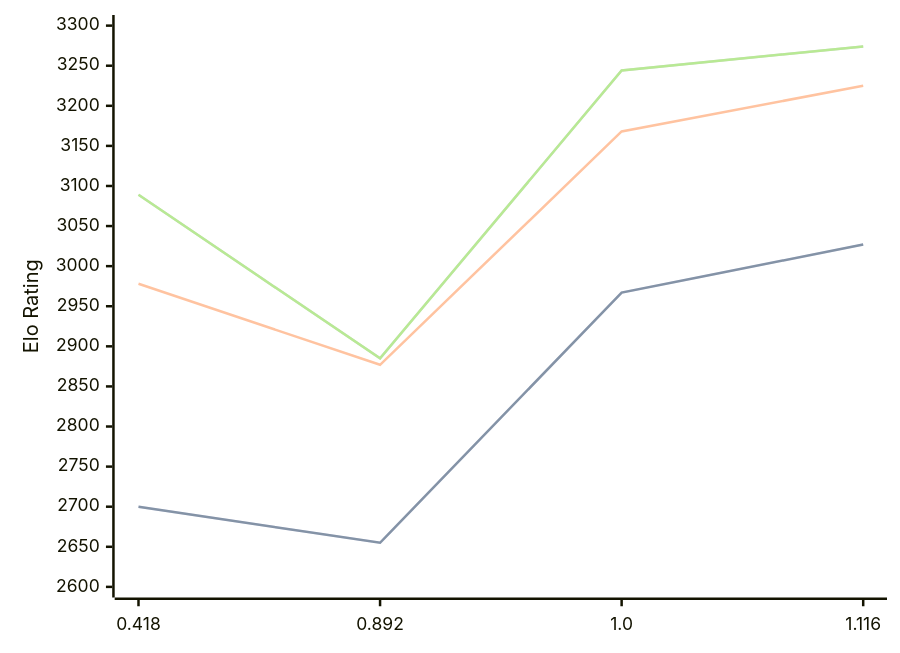
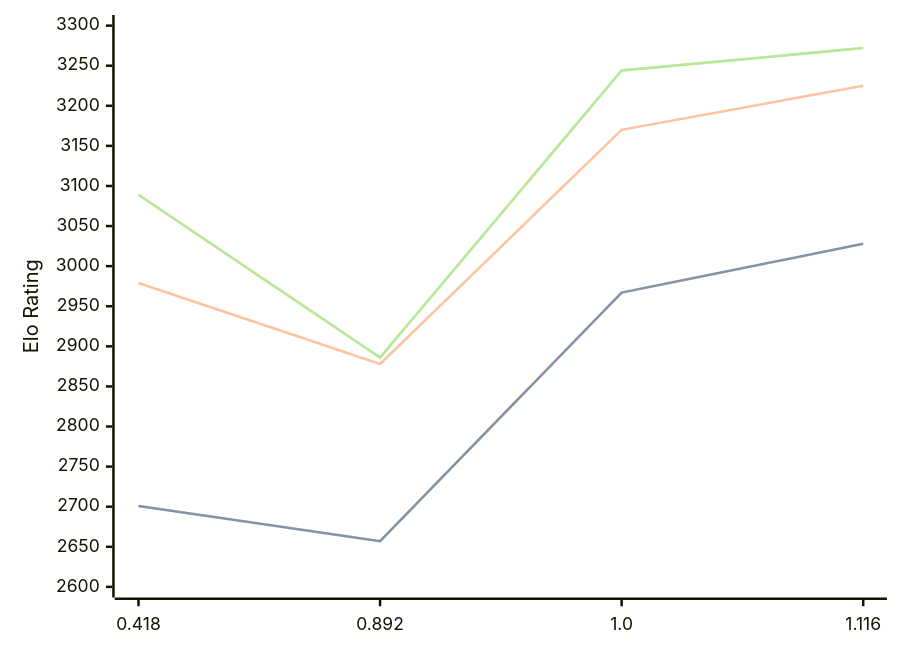
The third of 3 diagrams in engines/Malika.md (computer-chess-index/cci), drawn with Mermaid before and after one commit. The commit also changed other lines of this file, not shown here.

Commit message:
Update CCI Ratings (ELO VLTC) - 2026-06-30

````diff
--- a/engines/Malika.md
+++ b/engines/Malika.md
@@ -67,11 +67,11 @@
 ```mermaid
 %%{init: {"theme":"base","themeVariables":{"seriesColors:['#a3a3a3','#222221','#faa371']}}}%%
 xychart-beta
   x-axis ["0.418", "0.892", "1.0", "1.116"]
   y-axis "Elo Rating" 2600 --> 3300
-  line "STC (8.0+0.08s)" [2700, 2655, 2967, 3027]
-  line "STC (8.0+0.08s)" [2700, 2655, 2967, 3027]
-  line "LTC (60.0+0.60s)" [2978, 2877, 3168, 3225]
-  line "VLTC (2m24s+1.12s)" [3089, 2885, 3244, 3274]
-  line "VLTC (2m24s+1.12s)" [3089, 2885, 3244, 3274]
+  line "STC (8.0+0.08s)" [2701, 2657, 2967, 3028]
+  line "STC (8.0+0.08s)" [2701, 2657, 2967, 3028]
+  line "LTC (60.0+0.60s)" [2979, 2878, 3170, 3225]
+  line "VLTC (2m24s+1.12s)" [3089, 2886, 3244, 3272]
+  line "VLTC (2m24s+1.12s)" [3089, 2886, 3244, 3272]
 ```
````
